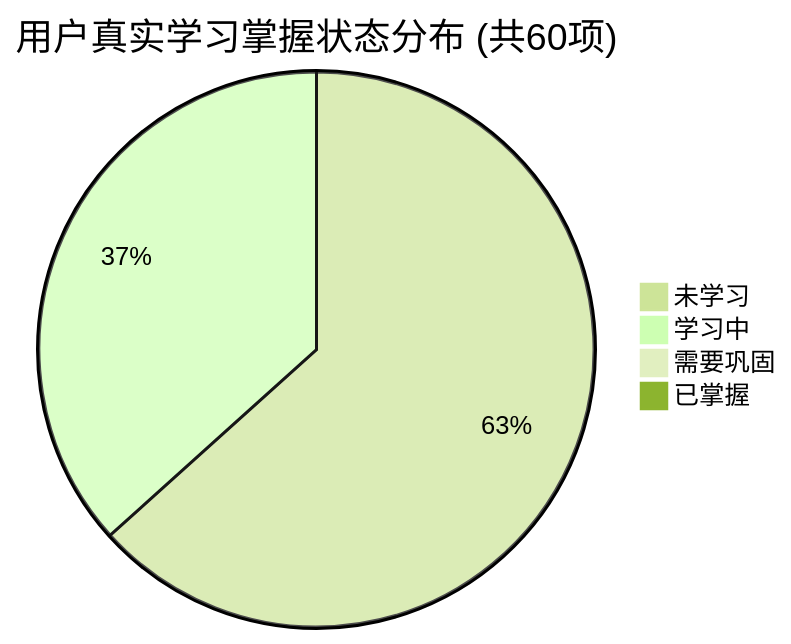
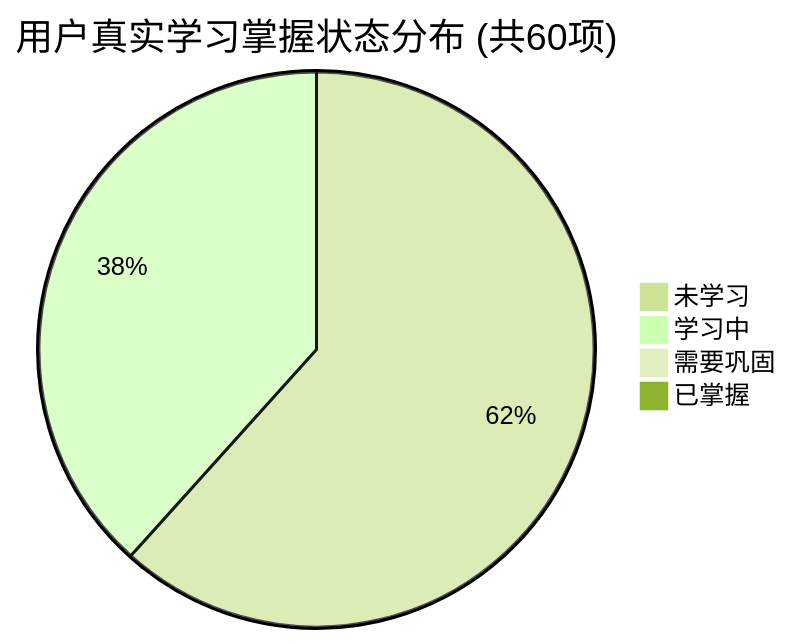
Before and after one commit to tieke1121/tech-interview-knowledge-base: the first of 2 diagrams in PROGRESS.md, drawn with Mermaid (forest theme). The commit also changed other lines of this file and 1 other file, not shown here.

````diff
--- a/PROGRESS.md
+++ b/PROGRESS.md
@@ -27,7 +27,7 @@
 ```mermaid
 pie title 用户真实学习掌握状态分布 (共60项)
-    "未学习" : 38
-    "学习中" : 22
+    "未学习" : 37
+    "学习中" : 23
     "需要巩固" : 0
     "已掌握" : 0
 ```
````
